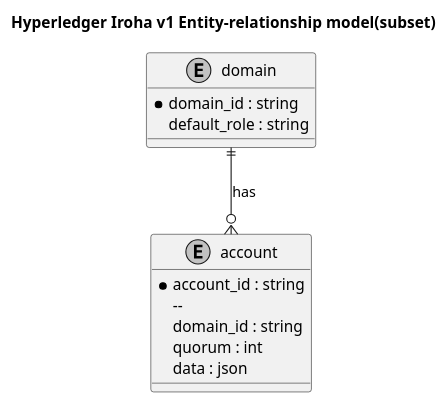
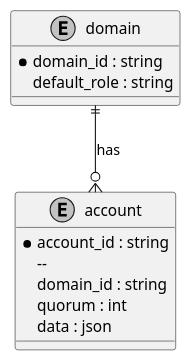
One commit to OliveiraEdu/d-OSP changed the diagram in diagrams/plantUML/iroha_v1_er_model.wsd. Above: the diagram before and after it, drawn with PlantUML. The commit also changed 110 other files, not shown here.

```diff
--- a/diagrams/plantUML/iroha_v1_er_model.wsd
+++ b/diagrams/plantUML/iroha_v1_er_model.wsd
@@ -1,21 +1,21 @@
 @startuml
-title Hyperledger Iroha v1 Entity-relationship model(subset)
+' title Hyperledger Iroha v1 Entity-relationship model(subset)
 skinparam monochrome true
 
 entity "account" {
     * account_id : string
     -- 
     domain_id : string
     quorum : int
     data : json
 }
 
 entity "domain" {
     * domain_id : string
     default_role : string
 }
 
 domain ||--o{ account : has  
 
 
 @enduml
```
